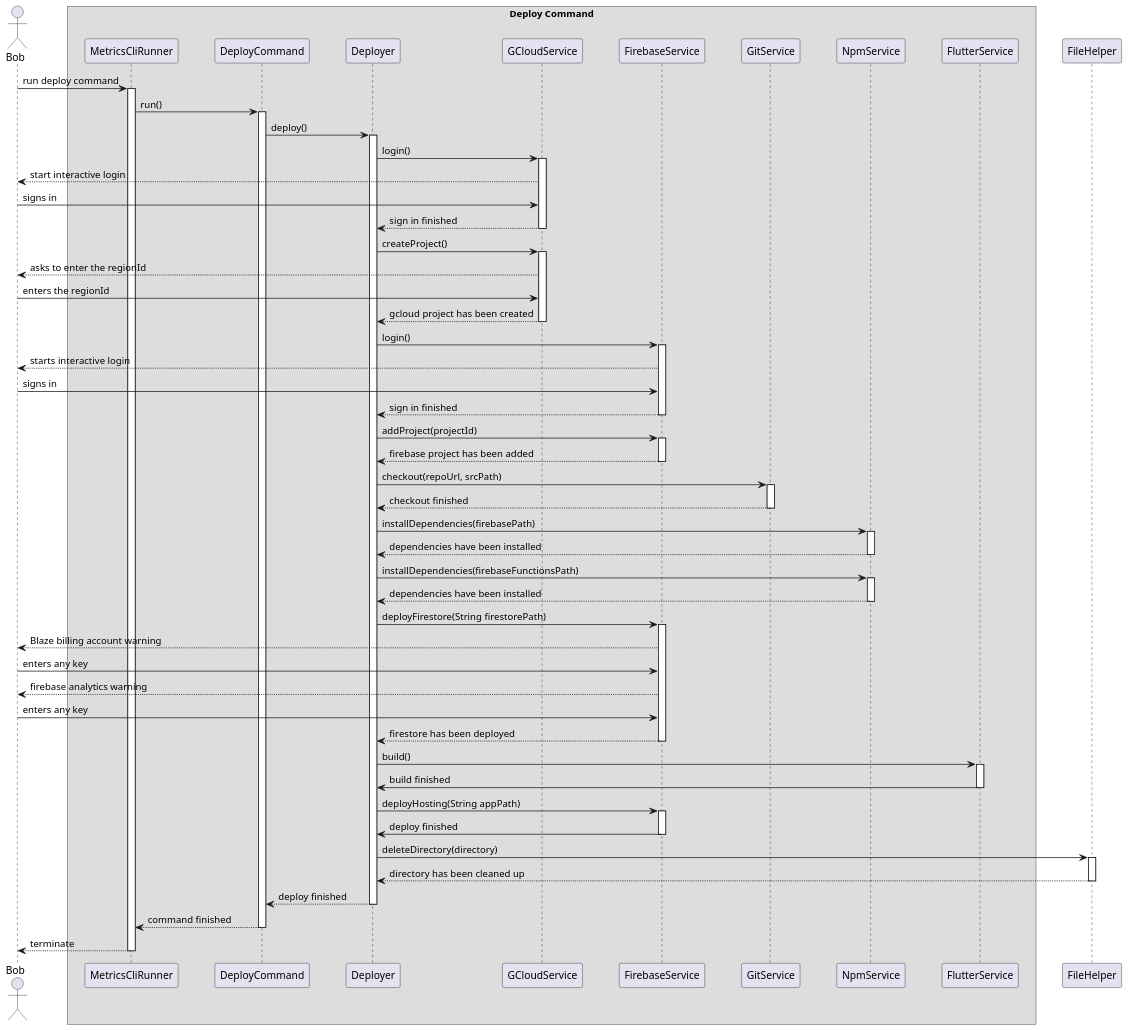
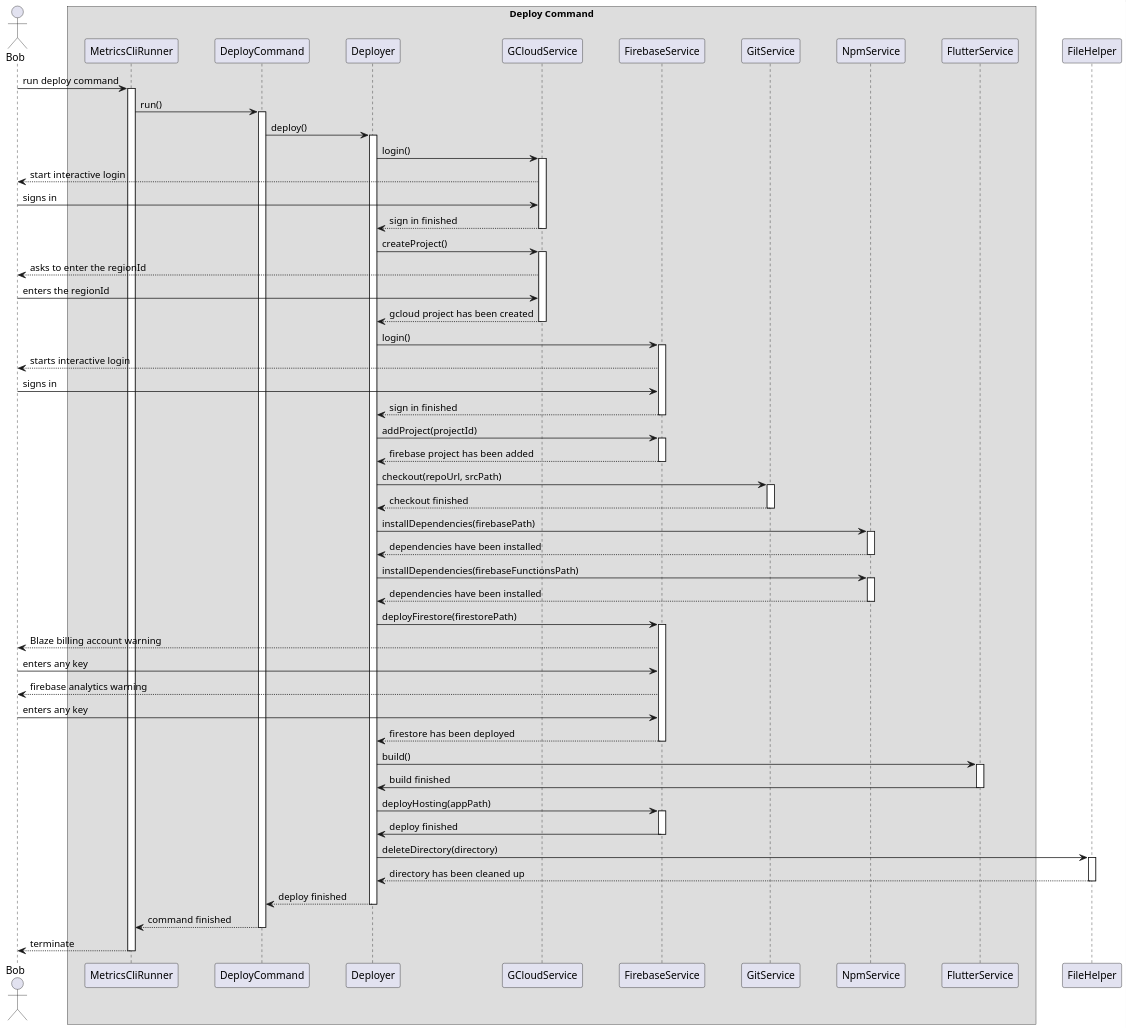
Before and after one commit to Flank/flank-dashboard: the diagram in metrics/cli/docs/diagrams/deploy_command_sequence_diagram.puml, drawn with PlantUML. The commit also changed 7 other files, not shown here.

```diff
--- a/metrics/cli/docs/diagrams/deploy_command_sequence_diagram.puml
+++ b/metrics/cli/docs/diagrams/deploy_command_sequence_diagram.puml
@@ -1,89 +1,89 @@
 @startuml deploy_command_sequence_diagram
 
 scale 1900 height
 
 skinparam ParticipantPadding 20
 skinparam BoxPadding 10
 
 actor Bob
 
 box Deploy Command
 participant MetricsCliRunner
 participant DeployCommand
 participant Deployer
 participant GCloudService
 participant FirebaseService
 participant GitService
 participant NpmService
 participant FlutterService
 end box
 
 
 participant FileHelper
 
 Bob -> MetricsCliRunner ++ : run deploy command
 MetricsCliRunner -> DeployCommand ++ : run()
 DeployCommand -> Deployer ++ : deploy()
 Deployer -> GCloudService ++ : login()
 
 GCloudService --> Bob : start interactive login
 Bob -> GCloudService : signs in
 GCloudService --> Deployer : sign in finished
 GCloudService --
 
 Deployer -> GCloudService ++ : createProject()
 
 GCloudService --> Bob : asks to enter the regionId
 Bob -> GCloudService : enters the regionId
 
 GCloudService --> Deployer -- : gcloud project has been created
 
 Deployer -> FirebaseService ++ : login()
 FirebaseService --> Bob : starts interactive login
 Bob -> FirebaseService : signs in
 FirebaseService --> Deployer -- : sign in finished
 
 Deployer -> FirebaseService ++ : addProject(projectId)
 
 FirebaseService --> Deployer -- : firebase project has been added
 
 Deployer -> GitService ++ : checkout(repoUrl, srcPath)
 GitService --> Deployer : checkout finished
 GitService --
 
 
 Deployer -> NpmService ++ : installDependencies(firebasePath)
 NpmService --> Deployer : dependencies have been installed
 NpmService --
 
 Deployer -> NpmService ++ : installDependencies(firebaseFunctionsPath)
 NpmService --> Deployer : dependencies have been installed
 NpmService --
 
-Deployer -> FirebaseService ++ : deployFirestore(String firestorePath)
+Deployer -> FirebaseService ++ : deployFirestore(firestorePath)
 
 FirebaseService --> Bob : Blaze billing account warning
 Bob -> FirebaseService : enters any key
 
 FirebaseService --> Bob : firebase analytics warning
 Bob -> FirebaseService : enters any key
 
 FirebaseService --> Deployer -- : firestore has been deployed
 
 
 Deployer -> FlutterService ++ : build()
 FlutterService -> Deployer : build finished
 FlutterService --
 
-Deployer -> FirebaseService ++ : deployHosting(String appPath)
+Deployer -> FirebaseService ++ : deployHosting(appPath)
 FirebaseService -> Deployer : deploy finished
 FirebaseService --
 
 Deployer -> FileHelper ++: deleteDirectory(directory)
 FileHelper --> Deployer --: directory has been cleaned up
 Deployer --> DeployCommand --: deploy finished
 DeployCommand --> MetricsCliRunner --: command finished
 MetricsCliRunner --> Bob -- : terminate
 MetricsCliRunner --
 
 @enduml
```
